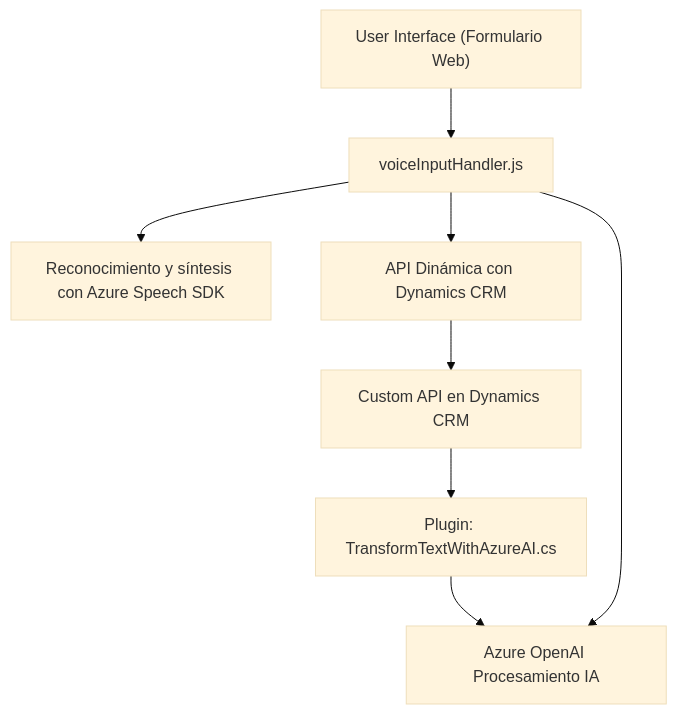
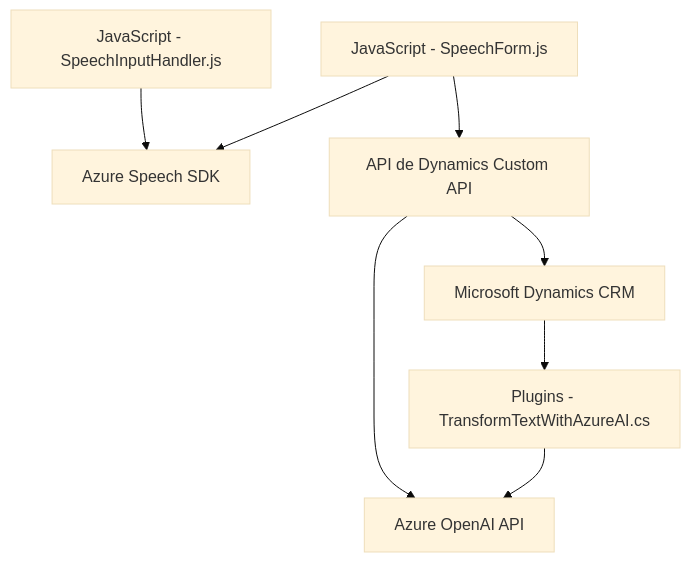
Before and after one commit to blopezdm/NETCORE_BILBAO2025: the diagram in README.md, drawn with Mermaid (base theme). The commit also changed other lines of this file, not shown here.

Commit message:
Actualizar análisis global de la solución con IA

````diff
--- a/README.md
+++ b/README.md
@@ -66,10 +61,10 @@
 ```mermaid
 graph TD
-    A["User Interface (Formulario Web)"] --> B["voiceInputHandler.js"]
-    B --> C["Reconocimiento y síntesis con Azure Speech SDK"]
-    B --> D["API Dinámica con Dynamics CRM"]
-        D --> E["Custom API en Dynamics CRM"]
-        E --> F["Plugin: TransformTextWithAzureAI.cs"]
-        F --> G["Azure OpenAI Procesamiento IA"]
-    B --> G   
+    A["JavaScript - SpeechInputHandler.js"] --> B["Azure Speech SDK"]
+    C["JavaScript - SpeechForm.js"] --> B
+    C --> D["API de Dynamics Custom API"]
+    D --> F["Microsoft Dynamics CRM"]
+    D --> E["Azure OpenAI API"]
+    F --> G["Plugins - TransformTextWithAzureAI.cs"]
+    G --> E
 ```
````
